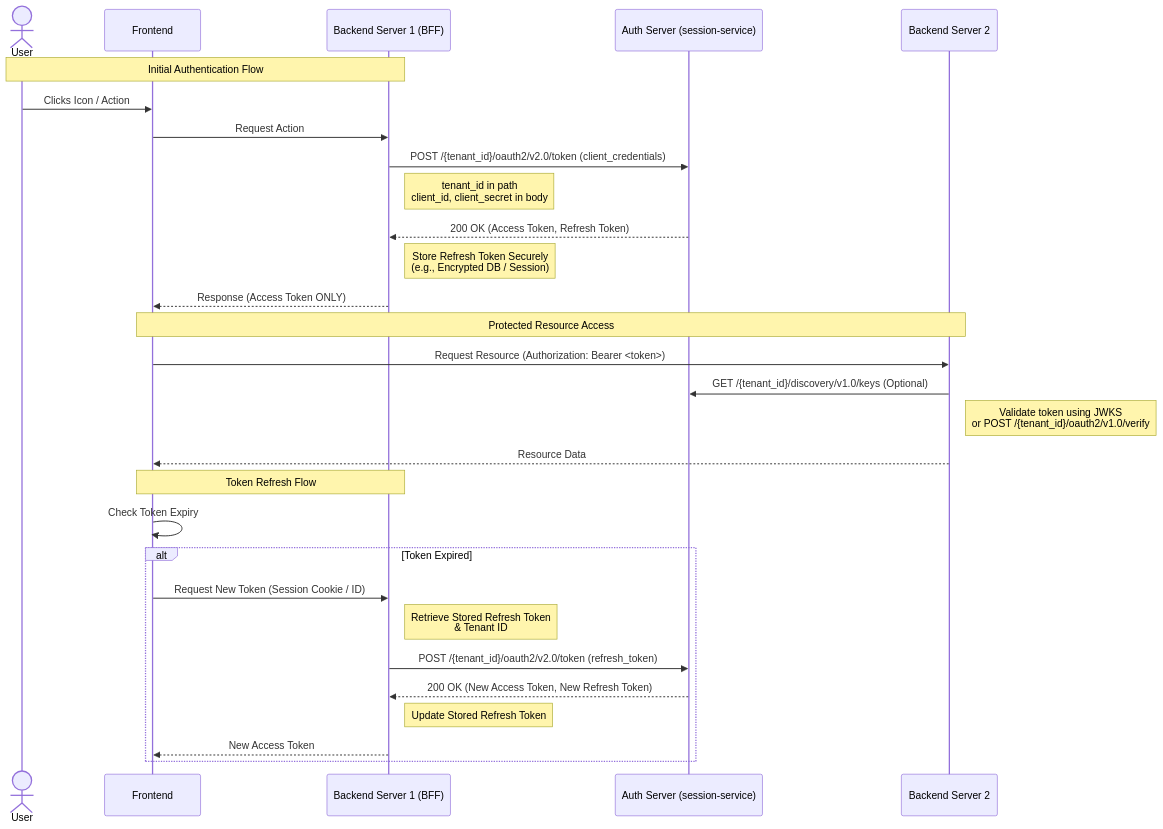
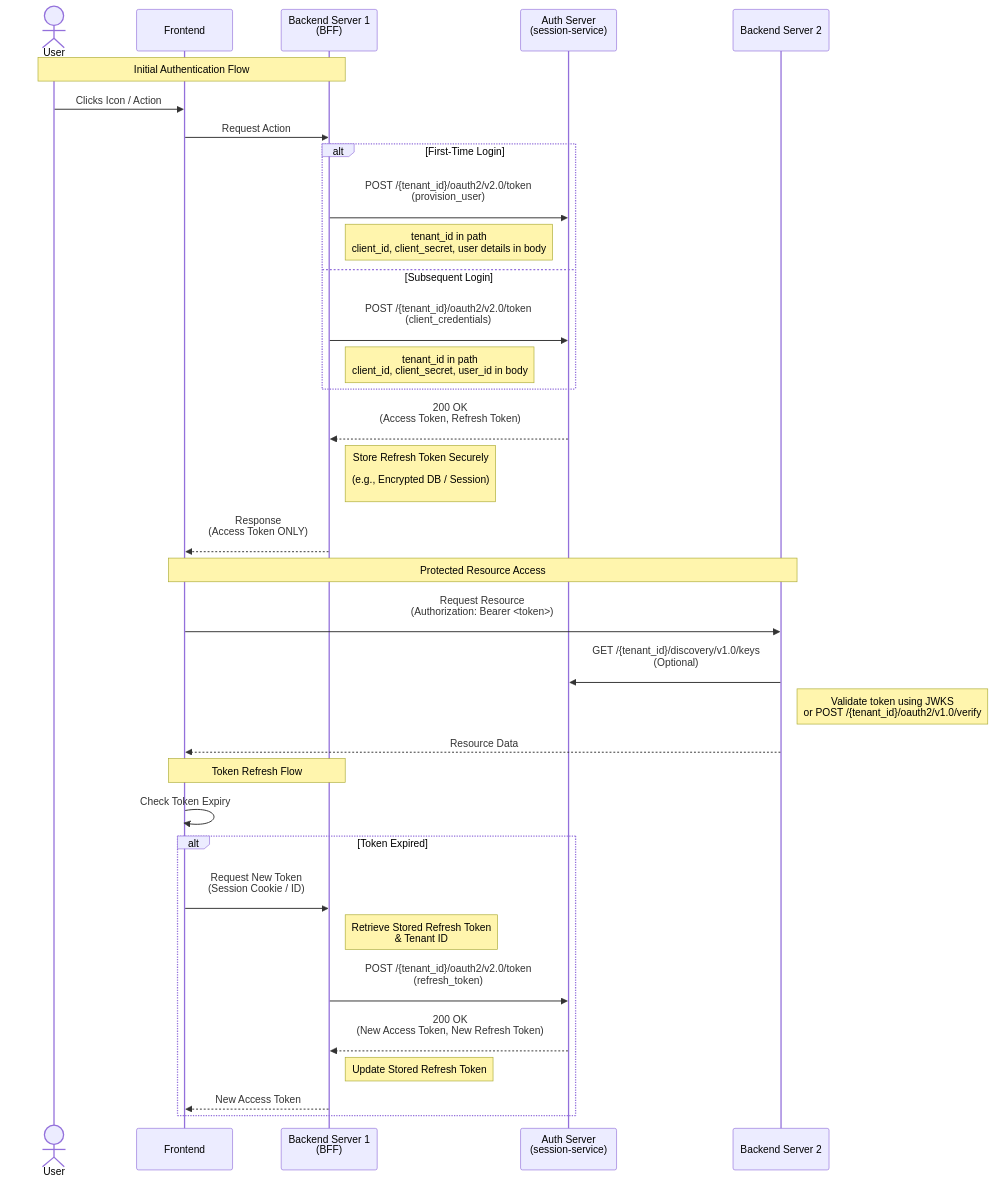
One commit to imarinzone/session-service changed the diagram in INTEGRATION_GUIDE.md. Above: the diagram before and after it, drawn with Mermaid. The commit also changed other lines of this file and 4 other files, not shown here.

Commit message:
feat: Introduce `provision_user` grant type for user provisioning, update integration guide, and enhance API documentation for token endpoint.

````diff
--- a/INTEGRATION_GUIDE.md
+++ b/INTEGRATION_GUIDE.md
@@ -32,34 +33,39 @@
 ```mermaid
 sequenceDiagram
     actor User
     participant Frontend
-    participant Backend1 as Backend Server 1 (BFF)
-    participant AuthServer as Auth Server (session-service)
+    participant Backend1 as Backend Server 1 <br> (BFF)<br>
+    participant AuthServer as Auth Server <br> (session-service)<br>
     participant Backend2 as Backend Server 2
 
     Note over User, Backend1: Initial Authentication Flow
     User->>Frontend: Clicks Icon / Action
     Frontend->>Backend1: Request Action
-    Backend1->>AuthServer: POST /{tenant_id}/oauth2/v2.0/token (client_credentials)
-    Note right of Backend1: tenant_id in path<br/>client_id, client_secret in body
-    AuthServer-->>Backend1: 200 OK (Access Token, Refresh Token)
-    Note right of Backend1: Store Refresh Token Securely<br/>(e.g., Encrypted DB / Session)
-    Backend1-->>Frontend: Response (Access Token ONLY)
+    alt First-Time Login
+        Backend1->>AuthServer: POST /{tenant_id}/oauth2/v2.0/token <br> (provision_user)<br>
+        Note right of Backend1: tenant_id in path<br/>client_id, client_secret, user details in body
+    else Subsequent Login
+        Backend1->>AuthServer: POST /{tenant_id}/oauth2/v2.0/token <br> (client_credentials)<br>
+        Note right of Backend1: tenant_id in path<br/>client_id, client_secret, user_id in body
+    end
+    AuthServer-->>Backend1: 200 OK <br> (Access Token, Refresh Token)<br>
+    Note right of Backend1: Store Refresh Token Securely<br/><br> (e.g., Encrypted DB / Session)<br>
+    Backend1-->>Frontend: Response <br> (Access Token ONLY)<br>
 
     Note over Frontend, Backend2: Protected Resource Access
-    Frontend->>Backend2: Request Resource (Authorization: Bearer <token>)
-    Backend2->>AuthServer: GET /{tenant_id}/discovery/v1.0/keys (Optional)
+    Frontend->>Backend2: Request Resource <br> (Authorization: Bearer <token>)<br>
+    Backend2->>AuthServer: GET /{tenant_id}/discovery/v1.0/keys <br> (Optional)<br>
     Note right of Backend2: Validate token using JWKS<br/>or POST /{tenant_id}/oauth2/v1.0/verify
     Backend2-->>Frontend: Resource Data
 
     Note over Frontend, Backend1: Token Refresh Flow
     Frontend->>Frontend: Check Token Expiry
     alt Token Expired
-        Frontend->>Backend1: Request New Token (Session Cookie / ID)
+        Frontend->>Backend1: Request New Token <br> (Session Cookie / ID)<br>
         Note right of Backend1: Retrieve Stored Refresh Token<br/>& Tenant ID
-        Backend1->>AuthServer: POST /{tenant_id}/oauth2/v2.0/token (refresh_token)
-        AuthServer-->>Backend1: 200 OK (New Access Token, New Refresh Token)
+        Backend1->>AuthServer: POST /{tenant_id}/oauth2/v2.0/token <br> (refresh_token)<br>
+        AuthServer-->>Backend1: 200 OK <br> (New Access Token, New Refresh Token)<br>
         Note right of Backend1: Update Stored Refresh Token
         Backend1-->>Frontend: New Access Token
     end
 ```
````
